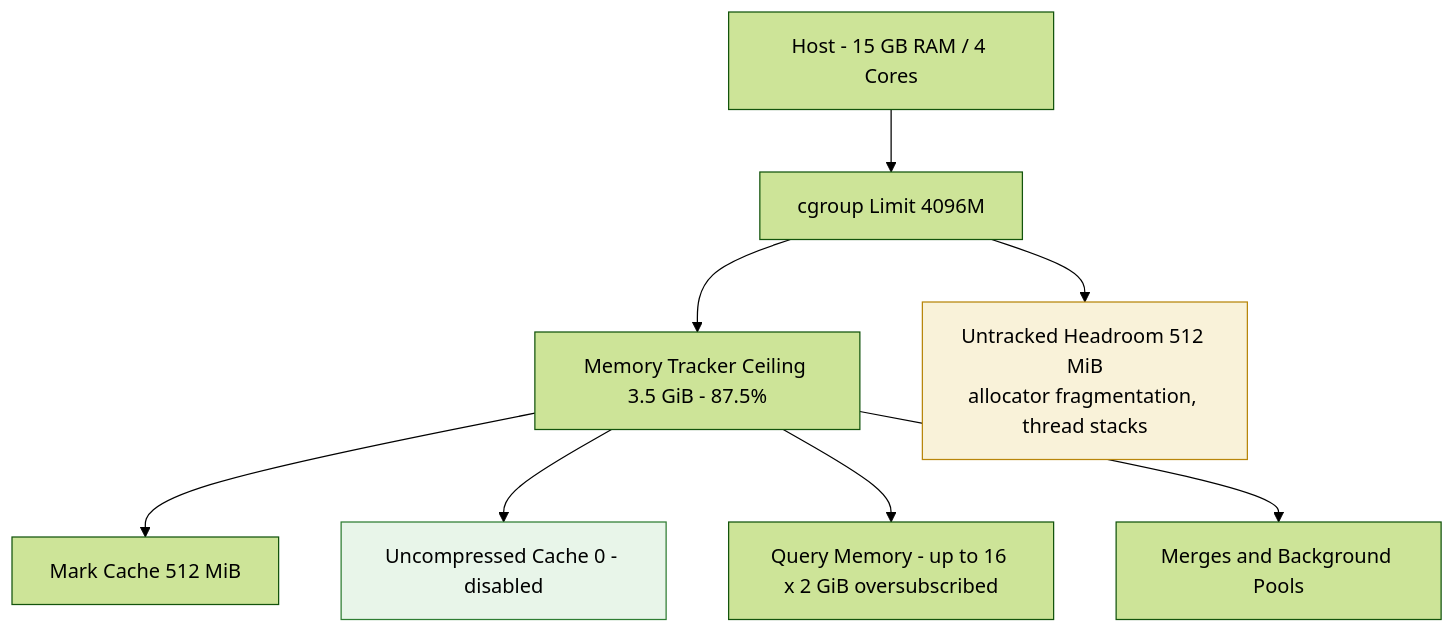
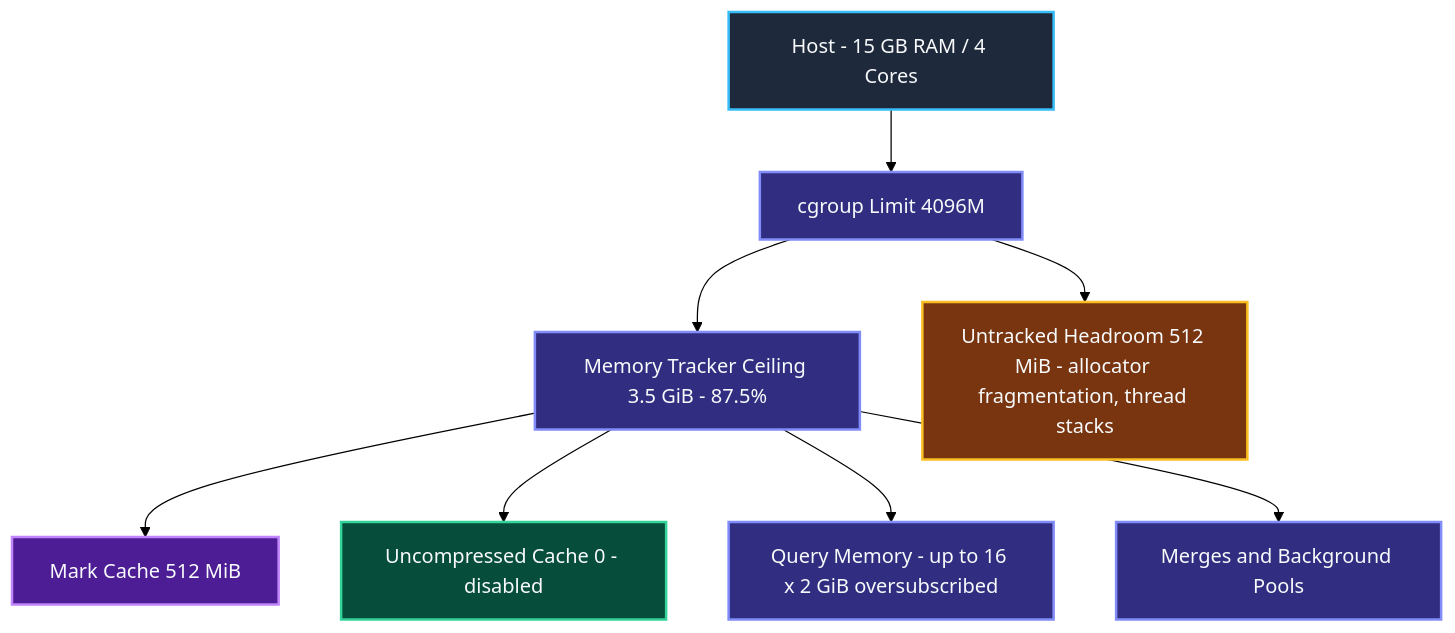
One commit to Chief-Strategist-J/llm-obs-infra changed the third of 17 diagrams in docs/configDoc/clickhouse-configuration-guide.md. Above: the diagram before and after it, drawn with Mermaid (forest theme). The commit also changed other lines of this file, not shown here.

First line of the commit message:
fix(clickhouse-docs): repair Mermaid rendering, colour all diagrams, strip pseudocode comments

````diff
--- a/docs/configDoc/clickhouse-configuration-guide.md
+++ b/docs/configDoc/clickhouse-configuration-guide.md
@@ -583,14 +636,20 @@
 ```mermaid
 graph TD
     H1["Host - 15 GB RAM / 4 Cores"] --> C1["cgroup Limit 4096M"]
     C1 --> T1["Memory Tracker Ceiling 3.5 GiB - 87.5%"]
-    C1 --> HD1["Untracked Headroom 512 MiB<br/>allocator fragmentation, thread stacks"]
+    C1 --> HD1["Untracked Headroom 512 MiB - allocator fragmentation, thread stacks"]
 
     T1 --> CA1["Mark Cache 512 MiB"]
     T1 --> CA2["Uncompressed Cache 0 - disabled"]
     T1 --> QM1["Query Memory - up to 16 x 2 GiB oversubscribed"]
     T1 --> BG1["Merges and Background Pools"]
 
-    style HD1 fill:#f9f2d9,stroke:#b8860b
-    style CA2 fill:#e8f5e9,stroke:#2e7d32
+    style H1 fill:#1e293b,stroke:#38bdf8,stroke-width:2px,color:#f8fafc
+    style C1 fill:#312e81,stroke:#818cf8,stroke-width:2px,color:#f8fafc
+    style T1 fill:#312e81,stroke:#818cf8,stroke-width:2px,color:#f8fafc
+    style QM1 fill:#312e81,stroke:#818cf8,stroke-width:2px,color:#f8fafc
+    style BG1 fill:#312e81,stroke:#818cf8,stroke-width:2px,color:#f8fafc
+    style HD1 fill:#78350f,stroke:#fbbf24,stroke-width:2px,color:#f8fafc
+    style CA1 fill:#4c1d95,stroke:#c084fc,stroke-width:2px,color:#f8fafc
+    style CA2 fill:#064e3b,stroke:#34d399,stroke-width:2px,color:#f8fafc
 ```
````
